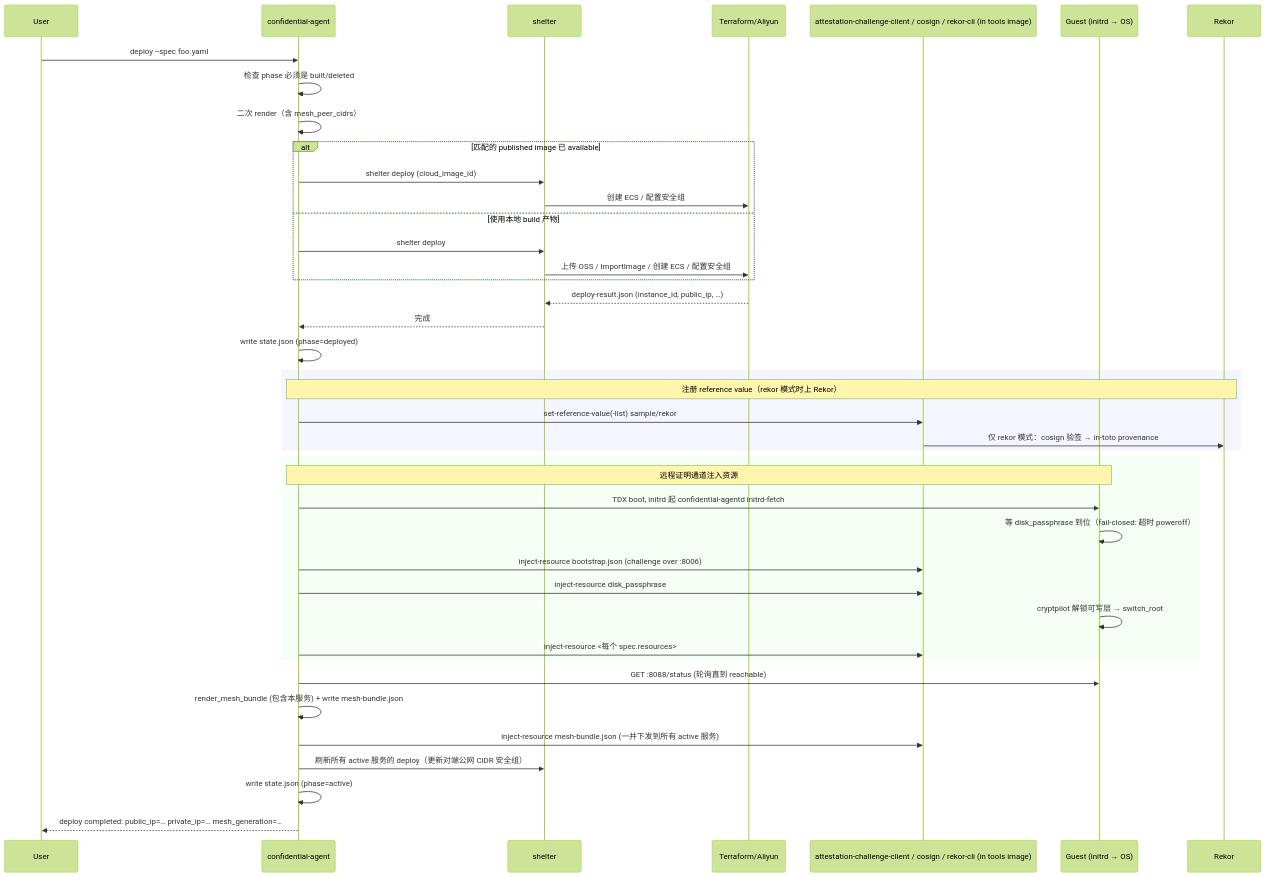
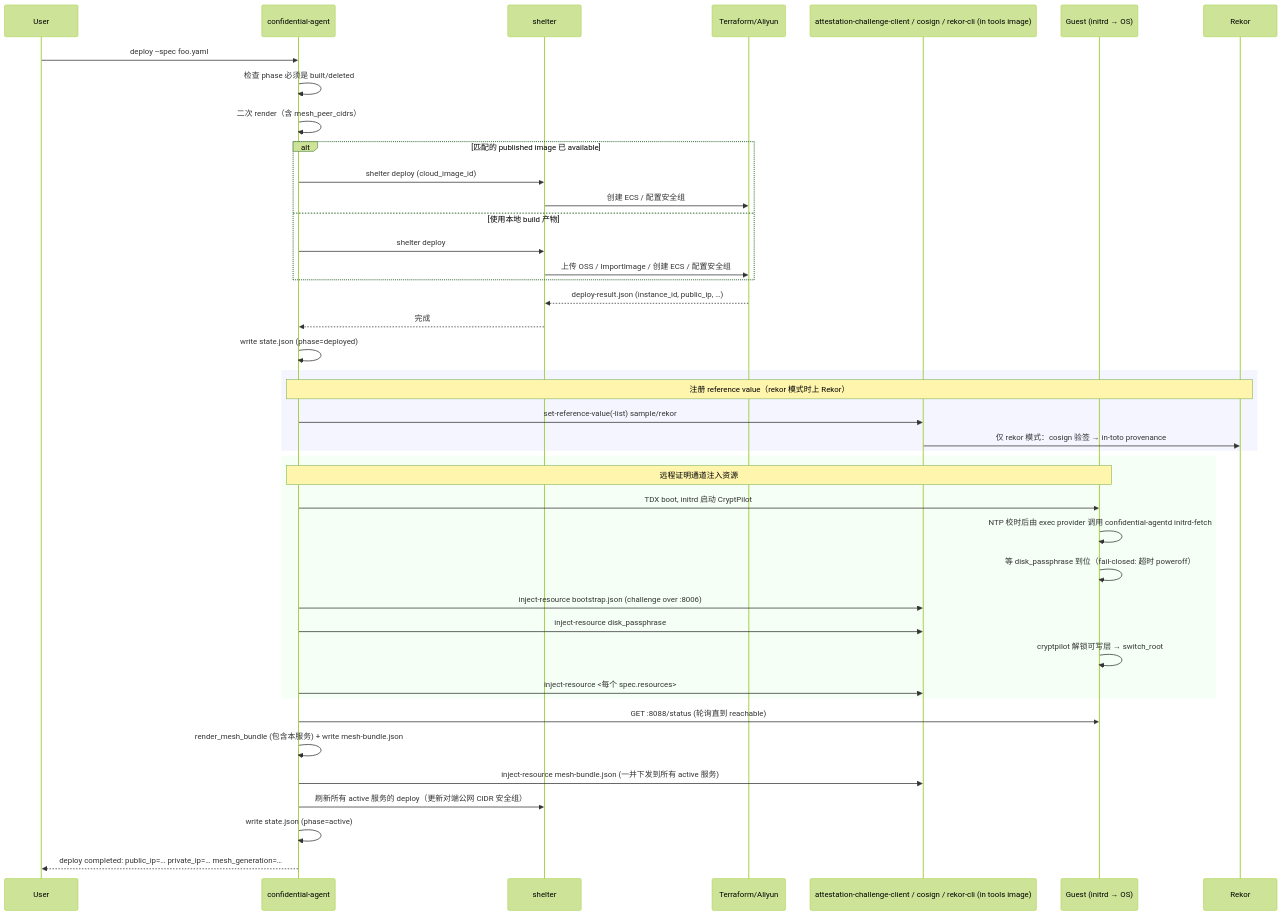
The fourth of 7 diagrams in docs/architecture.md (wdsun1008/confidential-agent), drawn with Mermaid (forest theme) before and after one commit. The commit also changed other lines of this file and 3 other files, not shown here.

````diff
--- a/docs/architecture.md
+++ b/docs/architecture.md
@@ -95,47 +97,48 @@
 ```mermaid
 sequenceDiagram
     participant U as User
     participant CLI as confidential-agent
     participant SHB as shelter
     participant TF as Terraform/Aliyun
     participant ACC as attestation-challenge-client / cosign / rekor-cli (in tools image)
     participant G as Guest (initrd → OS)
     participant Rekor as Rekor
 
     U->>CLI: deploy --spec foo.yaml
     CLI->>CLI: 检查 phase 必须是 built/deleted
     CLI->>CLI: 二次 render（含 mesh_peer_cidrs）
     alt 匹配的 published image 已 available
         CLI->>SHB: shelter deploy (cloud_image_id)
         SHB->>TF: 创建 ECS / 配置安全组
     else 使用本地 build 产物
         CLI->>SHB: shelter deploy
         SHB->>TF: 上传 OSS / ImportImage / 创建 ECS / 配置安全组
     end
     TF-->>SHB: deploy-result.json (instance_id, public_ip, …)
     SHB-->>CLI: 完成
     CLI->>CLI: write state.json (phase=deployed)
 
     rect rgb(245,245,255)
     note over CLI,Rekor: 注册 reference value（rekor 模式时上 Rekor）
     CLI->>ACC: set-reference-value(-list) sample/rekor
     ACC->>Rekor: 仅 rekor 模式：cosign 验签 → in-toto provenance
     end
 
     rect rgb(245,255,245)
     note over CLI,G: 远程证明通道注入资源
-    CLI->>G: TDX boot, initrd 起 confidential-agentd initrd-fetch
+    CLI->>G: TDX boot, initrd 启动 CryptPilot
+    G->>G: NTP 校时后由 exec provider 调用 confidential-agentd initrd-fetch
     G->>G: 等 disk_passphrase 到位（fail-closed: 超时 poweroff）
     CLI->>ACC: inject-resource bootstrap.json (challenge over :8006)
     CLI->>ACC: inject-resource disk_passphrase
     G->>G: cryptpilot 解锁可写层 → switch_root
     CLI->>ACC: inject-resource <每个 spec.resources>
     end
 
     CLI->>G: GET :8088/status (轮询直到 reachable)
     CLI->>CLI: render_mesh_bundle (包含本服务) + write mesh-bundle.json
     CLI->>ACC: inject-resource mesh-bundle.json (一并下发到所有 active 服务)
     CLI->>SHB: 刷新所有 active 服务的 deploy（更新对端公网 CIDR 安全组）
     CLI->>CLI: write state.json (phase=active)
     CLI-->>U: deploy completed: public_ip=… private_ip=… mesh_generation=…
 ```
````
